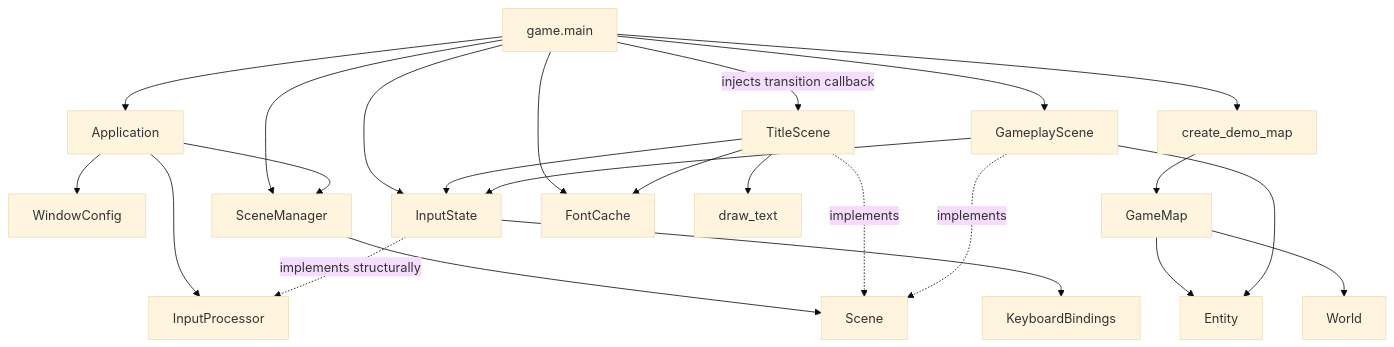
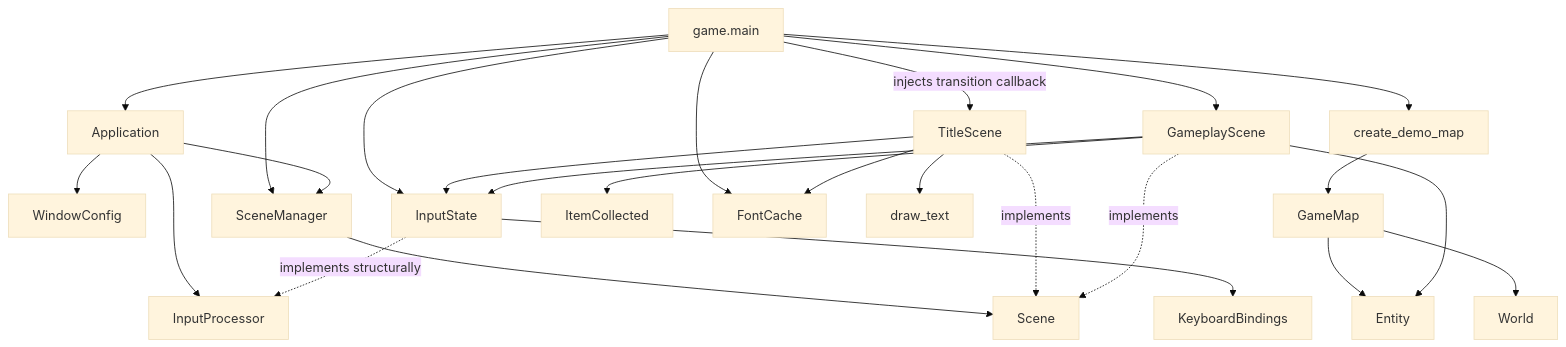
One commit to VincentMardon/my_first_adventure_game changed the diagram in docs/architecture/overview.md. Above: the diagram before and after it, drawn with Mermaid (base theme). The commit also changed other lines of this file and 15 other files, not shown here.

````diff
--- a/docs/architecture/overview.md
+++ b/docs/architecture/overview.md
@@ -146,47 +153,50 @@
 ```mermaid
 flowchart TD
     GameMain["game.main"]
     Application["Application"]
     WindowConfig["WindowConfig"]
     InputProcessor["InputProcessor"]
     InputState["InputState"]
     KeyboardBindings["KeyboardBindings"]
     SceneManager["SceneManager"]
     Scene["Scene"]
     TitleScene["TitleScene"]
     GameplayScene["GameplayScene"]
     DemoMap["create_demo_map"]
     GameMap["GameMap"]
     World["World"]
     Entity["Entity"]
+    ItemCollected["ItemCollected"]
     FontCache["FontCache"]
     DrawText["draw_text"]
 
     GameMain --> Application
     GameMain --> InputState
     GameMain --> SceneManager
     GameMain -->|"injects transition callback"| TitleScene
     GameMain --> GameplayScene
     GameMain --> DemoMap
     GameMain --> FontCache
 
     DemoMap --> GameMap
     GameMap --> World
     GameMap --> Entity
 
     Application --> WindowConfig
     Application --> InputProcessor
     Application --> SceneManager
 
     TitleScene --> FontCache
     TitleScene --> DrawText
     TitleScene --> InputState
+
     GameplayScene --> InputState
     GameplayScene --> Entity
+    GameplayScene --> ItemCollected
 
     InputState -. "implements structurally" .-> InputProcessor
     InputState --> KeyboardBindings
     SceneManager --> Scene
     TitleScene -. "implements" .-> Scene
     GameplayScene -. "implements" .-> Scene
 ```
````
